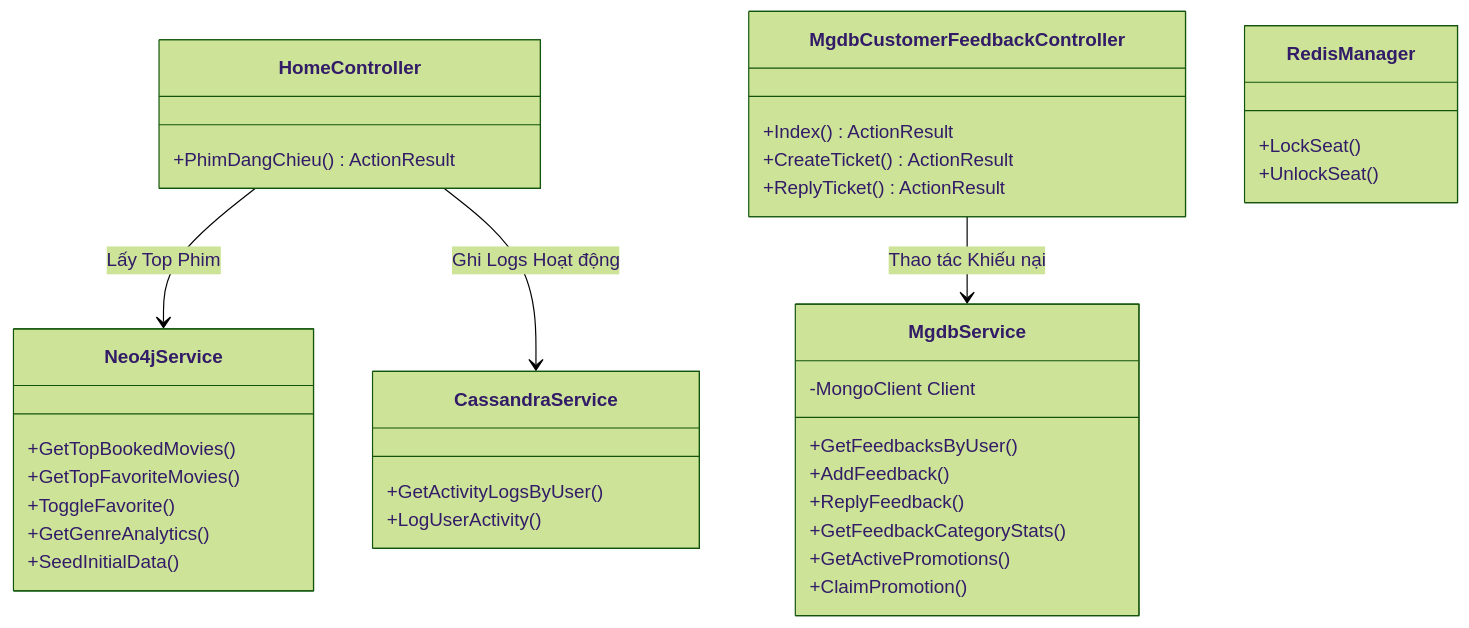
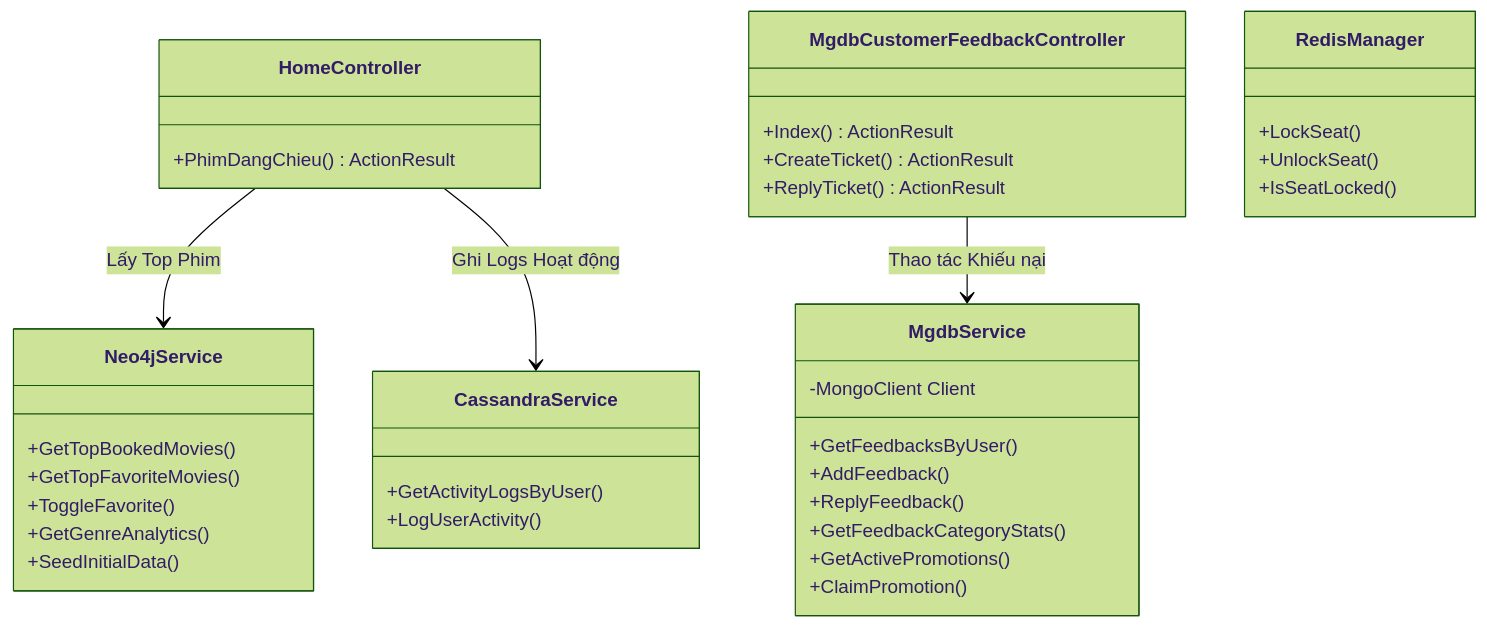
The second of 10 diagrams in TaiLieu/TaiLieu_SDS_ToanBo_HeThong_Movana.md (Anh-BE/WEB_DatVe_XemPhim), drawn with Mermaid (forest theme) before and after one commit. The commit also changed other lines of this file and 1 other file, not shown here.

````diff
--- a/TaiLieu/TaiLieu_SDS_ToanBo_HeThong_Movana.md
+++ b/TaiLieu/TaiLieu_SDS_ToanBo_HeThong_Movana.md
@@ -235,44 +238,45 @@
 ```mermaid
 classDiagram
     class HomeController {
         +PhimDangChieu() ActionResult
     }
 
     class MgdbCustomerFeedbackController {
         +Index() ActionResult
         +CreateTicket() ActionResult
         +ReplyTicket() ActionResult
     }
 
     class MgdbService {
         -MongoClient Client
         +GetFeedbacksByUser()
         +AddFeedback()
         +ReplyFeedback()
         +GetFeedbackCategoryStats()
         +GetActivePromotions()
         +ClaimPromotion()
     }
 
     class Neo4jService {
         +GetTopBookedMovies()
         +GetTopFavoriteMovies()
         +ToggleFavorite()
         +GetGenreAnalytics()
         +SeedInitialData()
     }
 
     class CassandraService {
         +GetActivityLogsByUser()
         +LogUserActivity()
     }
 
     class RedisManager {
         +LockSeat()
         +UnlockSeat()
+        +IsSeatLocked()
     }
 
     HomeController --> Neo4jService : Lấy Top Phim
     MgdbCustomerFeedbackController --> MgdbService : Thao tác Khiếu nại
     HomeController --> CassandraService : Ghi Logs Hoạt động
 ```
````
